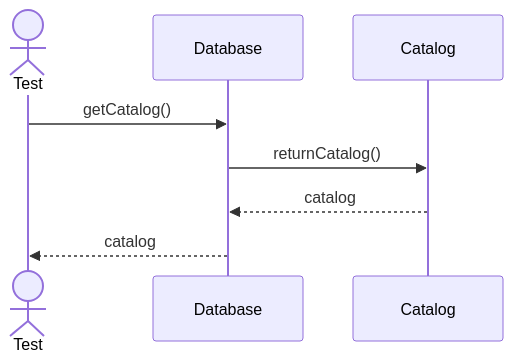
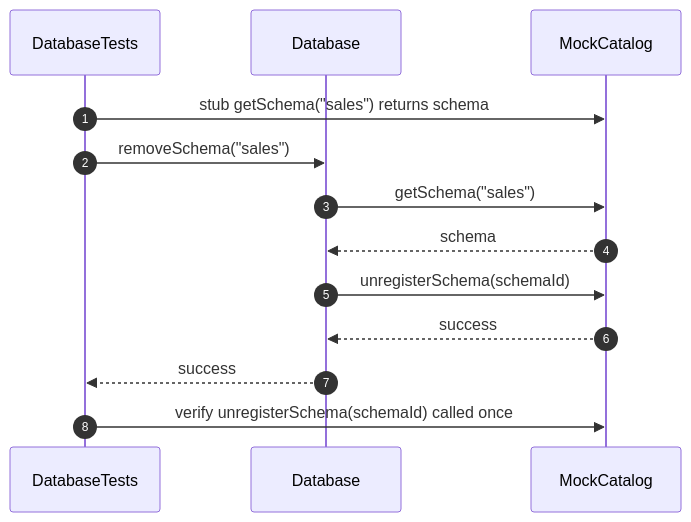
Before and after one commit to FhuAnn/-bbv-AN-s-DBMS: the tenth of 25 diagrams in src/tests/unit/database/sequences/database-testing.se.md, drawn with Mermaid. The commit also changed other lines of this file and 28 other files, not shown here.

Commit message:
edit db sequence, dbtest

````diff
--- a/src/tests/unit/database/sequences/database-testing.se.md
+++ b/src/tests/unit/database/sequences/database-testing.se.md
@@ -155,11 +236,21 @@
 ```mermaid
 sequenceDiagram
-actor Test
-participant Database
-participant Catalog
+    autonumber
 
-Test->>Database: getCatalog()
-Database->>Catalog: returnCatalog()
-Catalog-->>Database: catalog
-Database-->>Test: catalog
+    participant Test as DatabaseTests
+    participant Database
+    participant Catalog as MockCatalog
+
+    Test->>Catalog: stub getSchema("sales") returns schema
+    Test->>Database: removeSchema("sales")
+
+    Database->>Catalog: getSchema("sales")
+    Catalog-->>Database: schema
+
+    Database->>Catalog: unregisterSchema(schemaId)
+    Catalog-->>Database: success
+
+    Database-->>Test: success
+
+    Test->>Catalog: verify unregisterSchema(schemaId) called once
 ```
````
